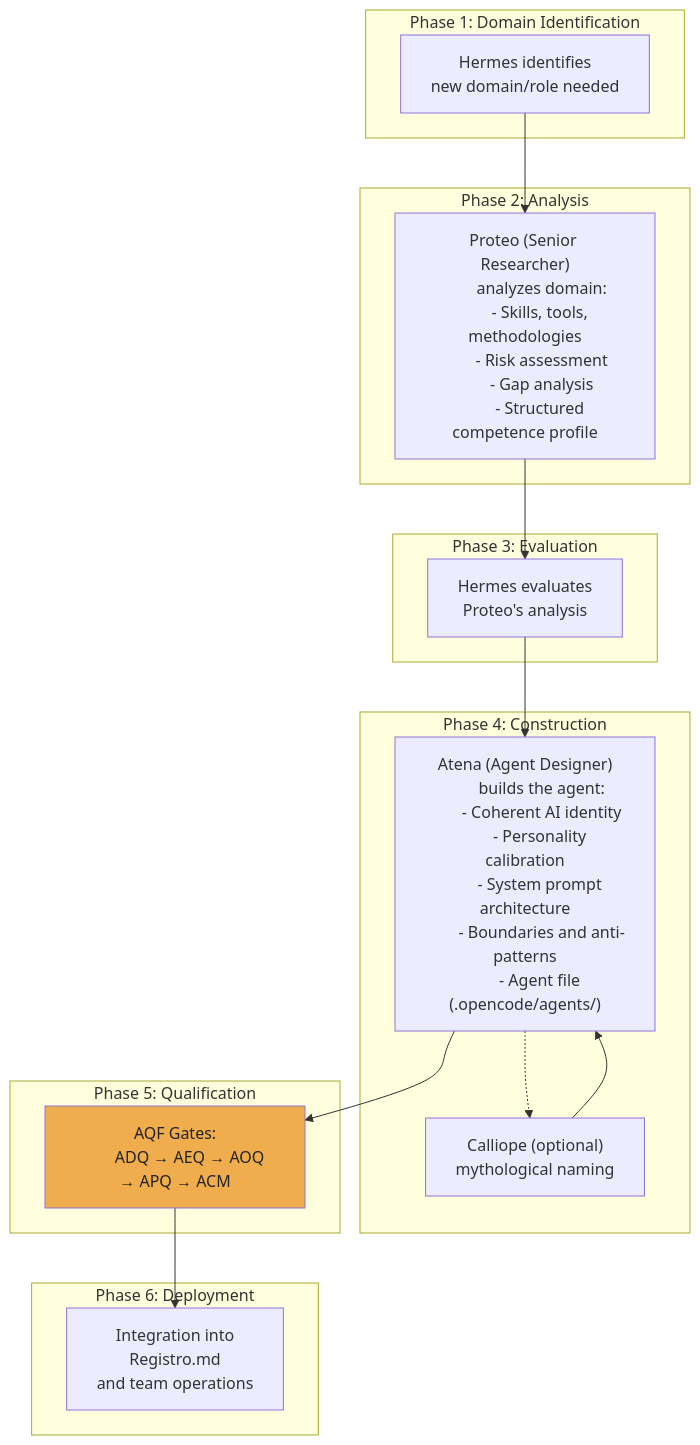
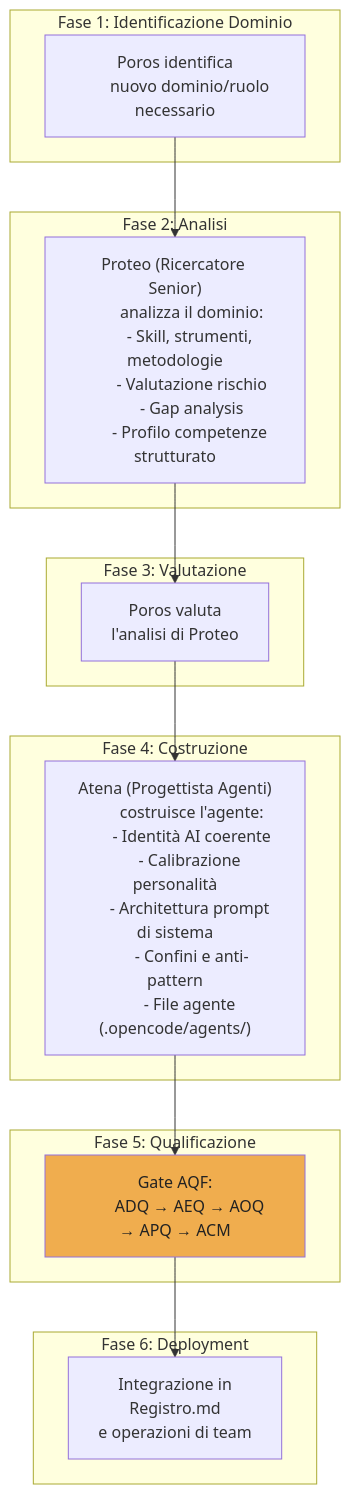
The fifth of 5 diagrams in paper/whitepaper-it.md (teamolimpo/TeamOlimpo), drawn with Mermaid before and after one commit. The commit also changed other lines of this file and 2 other files, not shown here.

Commit message:
Update whitepaper: Poros rename, GitHub org, synapsis consolidation, deliverable hash system

````diff
--- a/paper/whitepaper-it.md
+++ b/paper/whitepaper-it.md
@@ -431,55 +513,50 @@
 ```mermaid
 flowchart TB
-    subgraph "Phase 1: Domain Identification"
-        H1["Hermes identifies
-        new domain/role needed"]
+    subgraph "Fase 1: Identificazione Dominio"
+        H1["Poros identifica
+        nuovo dominio/ruolo necessario"]
     end
     
-    subgraph "Phase 2: Analysis"
-        P1["Proteo (Senior Researcher)
-        analyzes domain:
-        - Skills, tools, methodologies
-        - Risk assessment
+    subgraph "Fase 2: Analisi"
+        P1["Proteo (Ricercatore Senior)
+        analizza il dominio:
+        - Skill, strumenti, metodologie
+        - Valutazione rischio
         - Gap analysis
-        - Structured competence profile"]
+        - Profilo competenze strutturato"]
     end
     
-    subgraph "Phase 3: Evaluation"
-        H2["Hermes evaluates
-        Proteo's analysis"]
+    subgraph "Fase 3: Valutazione"
+        H2["Poros valuta
+        l'analisi di Proteo"]
     end
     
-    subgraph "Phase 4: Construction"
-        A1["Atena (Agent Designer)
-        builds the agent:
-        - Coherent AI identity
-        - Personality calibration
-        - System prompt architecture
-        - Boundaries and anti-patterns
-        - Agent file (.opencode/agents/)"]
-        
-        C1["Calliope (optional)
-        mythological naming"]
+    subgraph "Fase 4: Costruzione"
+        A1["Atena (Progettista Agenti)
+        costruisce l'agente:
+        - Identità AI coerente
+        - Calibrazione personalità
+        - Architettura prompt di sistema
+        - Confini e anti-pattern
+        - File agente (.opencode/agents/)"]
     end
     
-    subgraph "Phase 5: Qualification"
-        AQF["AQF Gates:
+    subgraph "Fase 5: Qualificazione"
+        AQF["Gate AQF:
         ADQ → AEQ → AOQ → APQ → ACM"]
     end
     
-    subgraph "Phase 6: Deployment"
-        D1["Integration into
+    subgraph "Fase 6: Deployment"
+        D1["Integrazione in
         Registro.md
-        and team operations"]
+        e operazioni di team"]
     end
     
     H1 --> P1
     P1 --> H2
     H2 --> A1
-    A1 -.-> C1
-    C1 --> A1
     A1 --> AQF
     AQF --> D1
     
     style AQF fill:#f0ad4e,color:#222
 ```
````
